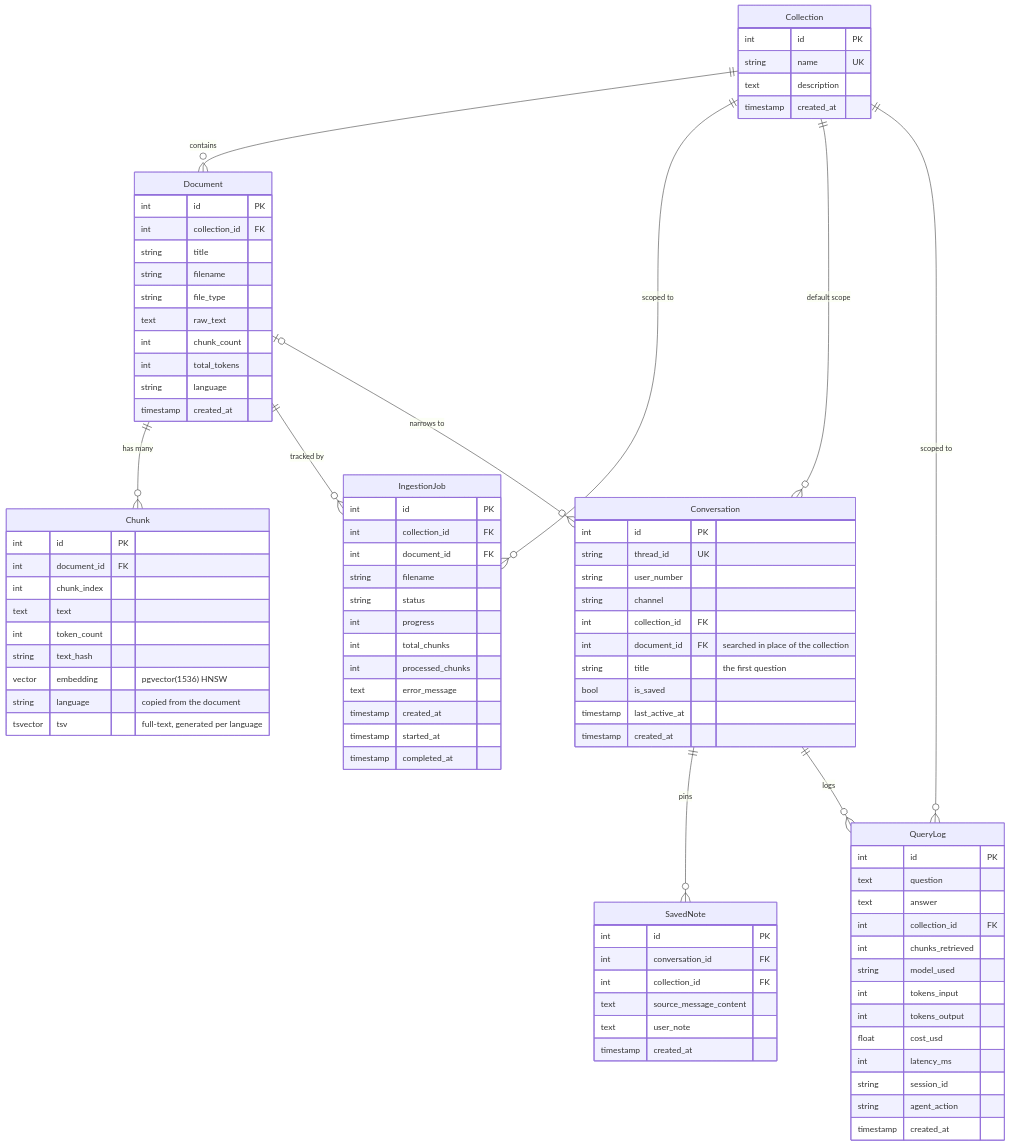
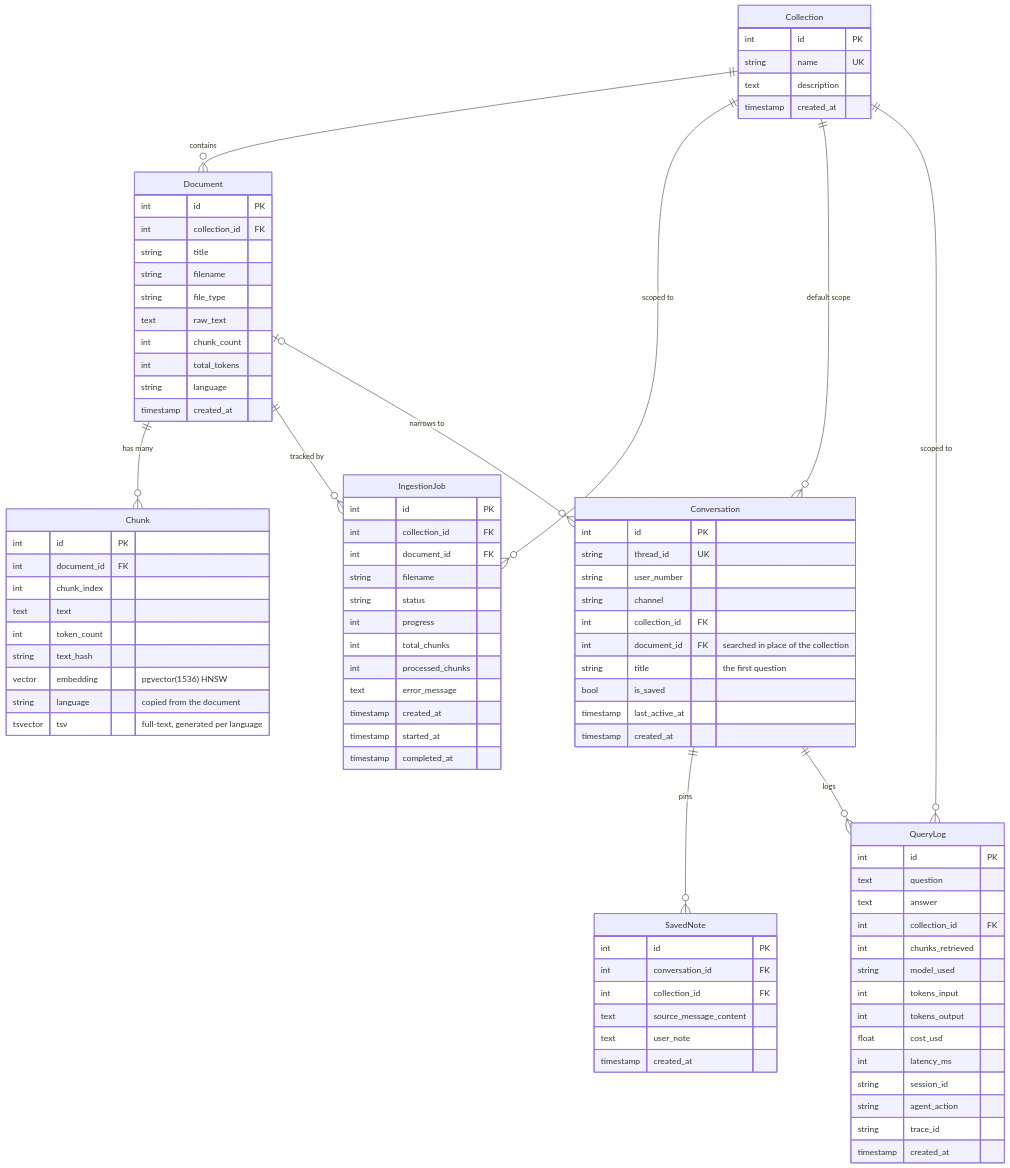
The fourth of 4 diagrams in ARCHITECTURE.md (FrancoCazal/WhisperDocs), drawn with Mermaid before and after one commit. The commit also changed other lines of this file and 32 other files, not shown here.

```diff
--- a/ARCHITECTURE.md
+++ b/ARCHITECTURE.md
@@ -300,6 +300,7 @@
     int latency_ms
     string session_id
     string agent_action
+    string trace_id
     timestamp created_at
   }
 
```
